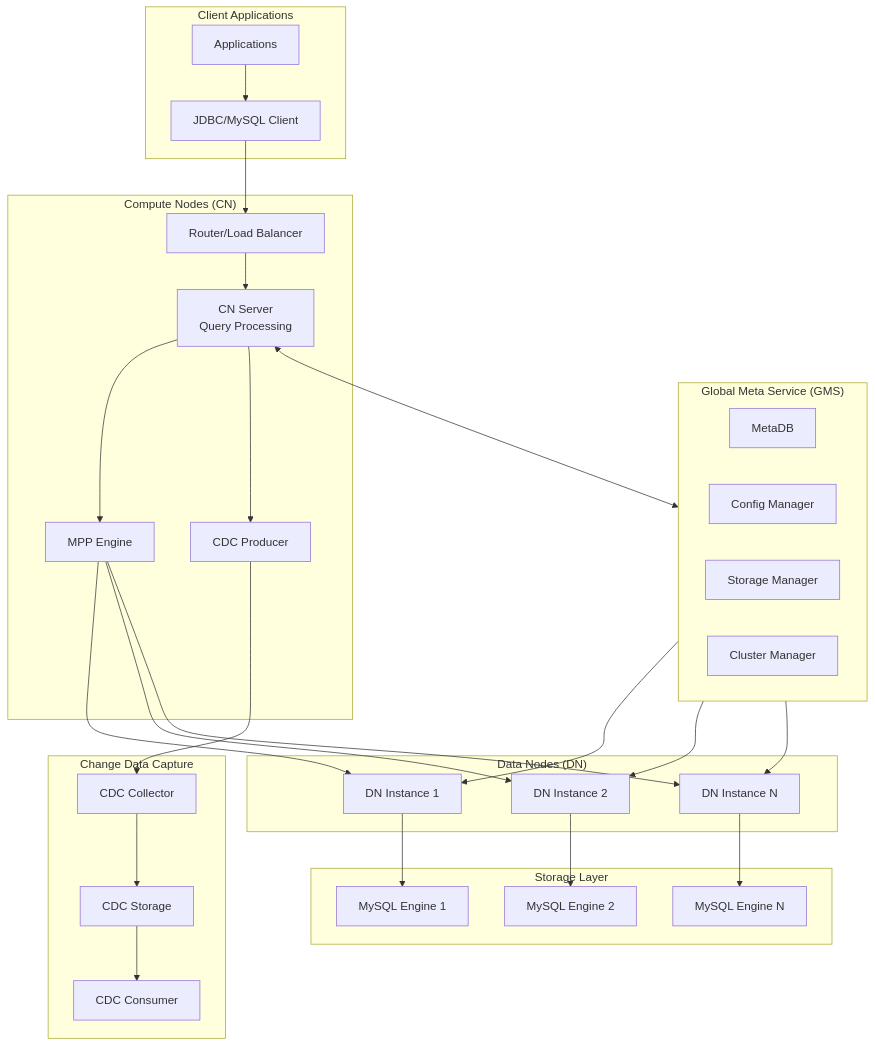
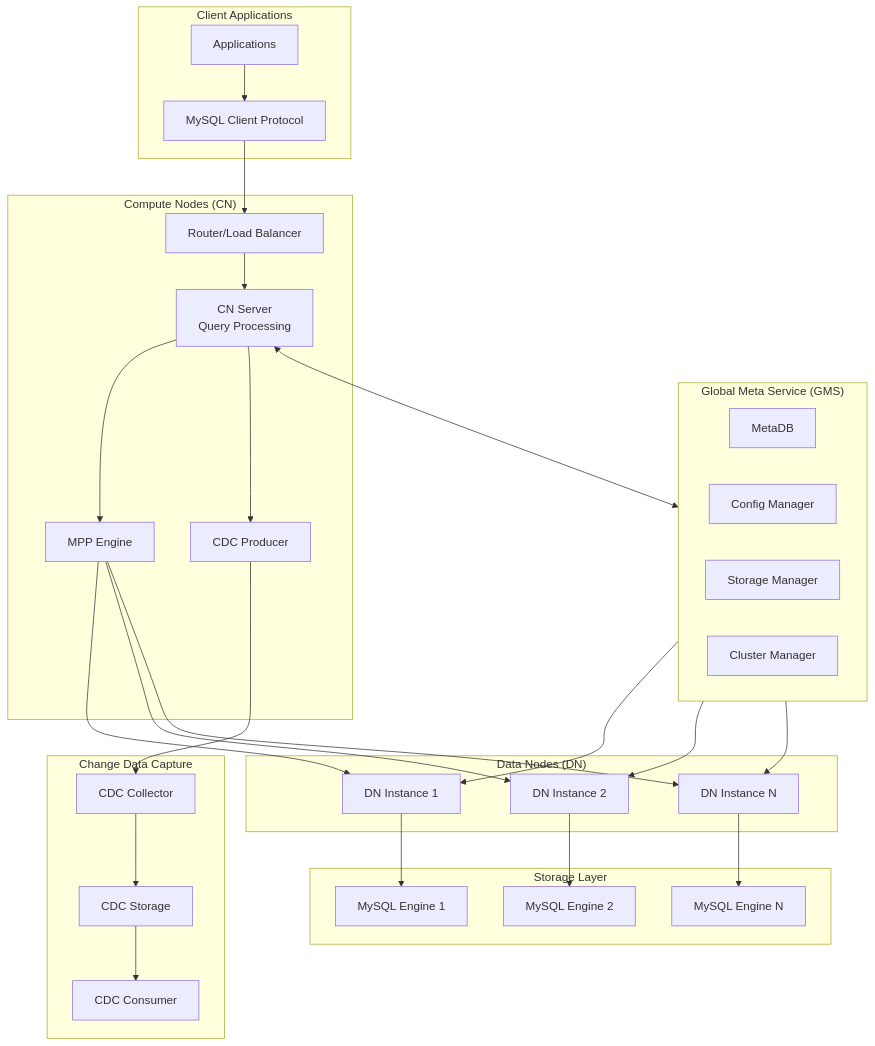
Before and after one commit to wilhasse/courses: the diagram in db/polardbx/docs/polar_main.md, drawn with Mermaid. The commit also changed 4 other files, not shown here.

````diff
--- a/db/polardbx/docs/polar_main.md
+++ b/db/polardbx/docs/polar_main.md
@@ -3,71 +3,71 @@
 ```mermaid
 graph TB
     subgraph Client["Client Applications"]
         App[Applications]
-        JDBC[JDBC/MySQL Client]
+        MySQL[MySQL Client Protocol]
     end
 
     subgraph CN["Compute Nodes (CN)"]
         Router[Router/Load Balancer]
         CNServer[CN Server<br>Query Processing]
         MPP[MPP Engine]
         CDC_Producer[CDC Producer]
     end
 
     subgraph GMS["Global Meta Service (GMS)"]
         MetaDB[MetaDB]
         ConfigMgr[Config Manager]
         StorageMgr[Storage Manager]
         ClusterMgr[Cluster Manager]
     end
 
     subgraph DN["Data Nodes (DN)"]
         DN1[DN Instance 1]
         DN2[DN Instance 2]
         DN3[DN Instance N]
     end
 
     subgraph Storage["Storage Layer"]
         MySQL1[MySQL Engine 1]
         MySQL2[MySQL Engine 2]
         MySQLN[MySQL Engine N]
     end
 
     subgraph CDC["Change Data Capture"]
         CDC_Collector[CDC Collector]
         CDC_Storage[CDC Storage]
         CDC_Consumer[CDC Consumer]
     end
 
     %% Client connections
-    App --> JDBC
-    JDBC --> Router
+    App --> MySQL
+    MySQL --> Router
     Router --> CNServer
 
     %% CN internal
     CNServer --> MPP
     CNServer --> CDC_Producer
     
     %% CN to GMS
     CNServer <--> GMS
     
     %% CN to DN
     MPP --> DN1
     MPP --> DN2
     MPP --> DN3
     
     %% DN to Storage
     DN1 --> MySQL1
     DN2 --> MySQL2
     DN3 --> MySQLN
     
     %% CDC Flow
     CDC_Producer --> CDC_Collector
     CDC_Collector --> CDC_Storage
     CDC_Storage --> CDC_Consumer
     
     %% GMS Management
     GMS --> DN1
     GMS --> DN2
     GMS --> DN3
 ```
````
